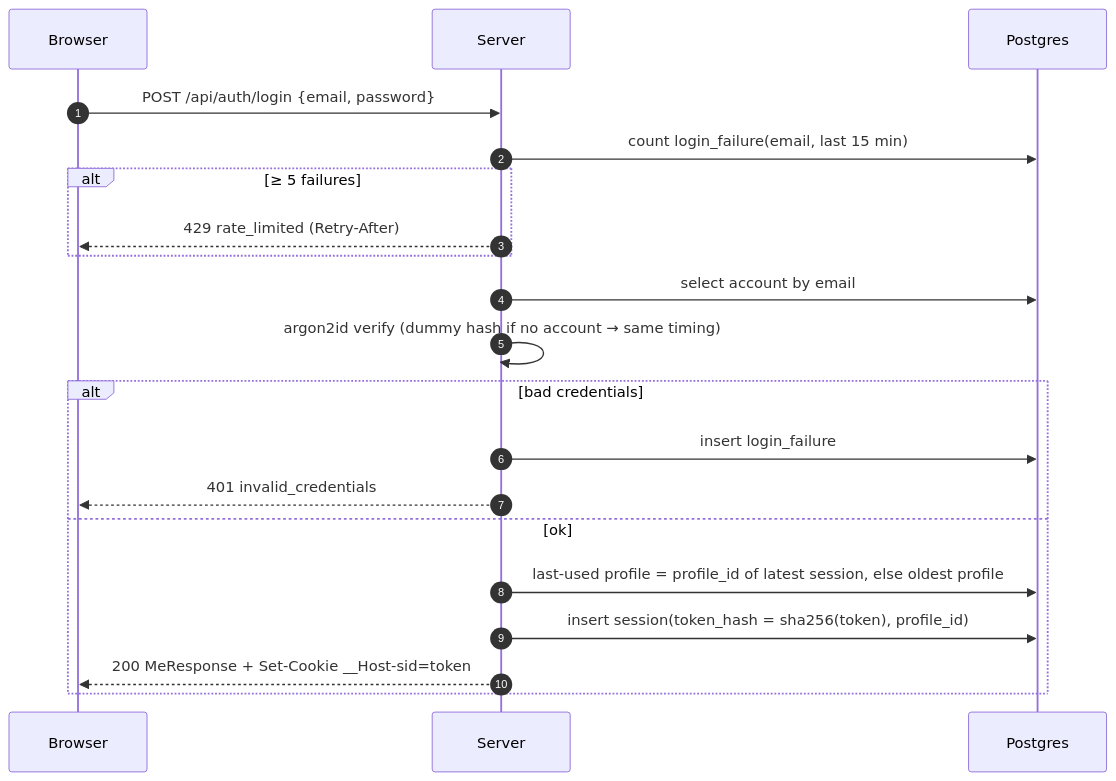
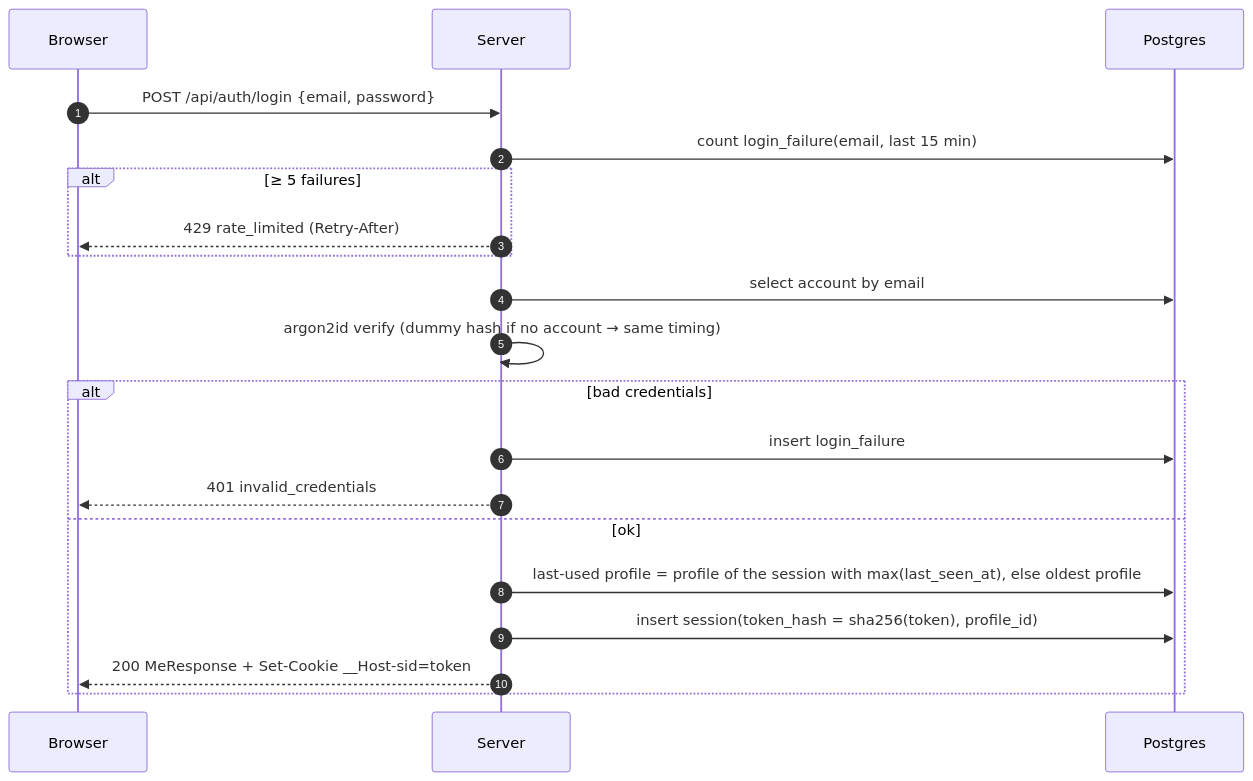
Before and after one commit to chjort/calculator-web: the second of 5 diagrams in docs/architecture/R2.md, drawn with Mermaid. The commit also changed other lines of this file and 4 other files, not shown here.

Commit message:
docs: align R2 architecture with approved R2 UX specs (#3, #4) (#24)

````diff
--- a/docs/architecture/R2.md
+++ b/docs/architecture/R2.md
@@ -26,22 +26,22 @@
 ```mermaid
 sequenceDiagram
   autonumber
   participant B as Browser
   participant S as Server
   participant D as Postgres
   B->>S: POST /api/auth/login {email, password}
   S->>D: count login_failure(email, last 15 min)
   alt ≥ 5 failures
     S-->>B: 429 rate_limited (Retry-After)
   end
   S->>D: select account by email
   S->>S: argon2id verify (dummy hash if no account → same timing)
   alt bad credentials
     S->>D: insert login_failure
     S-->>B: 401 invalid_credentials
   else ok
-    S->>D: last-used profile = profile_id of latest session, else oldest profile
+    S->>D: last-used profile = profile of the session with max(last_seen_at), else oldest profile
     S->>D: insert session(token_hash = sha256(token), profile_id)
     S-->>B: 200 MeResponse + Set-Cookie __Host-sid=token
   end
 ```
````
